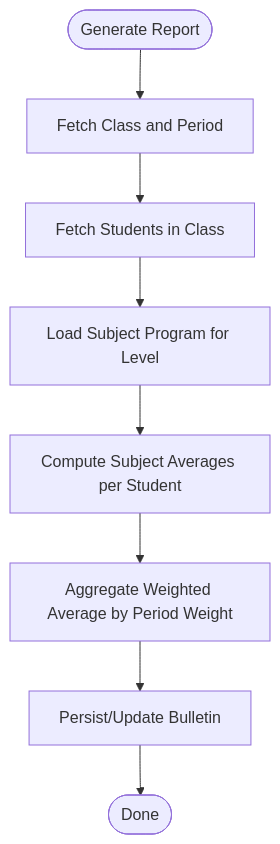
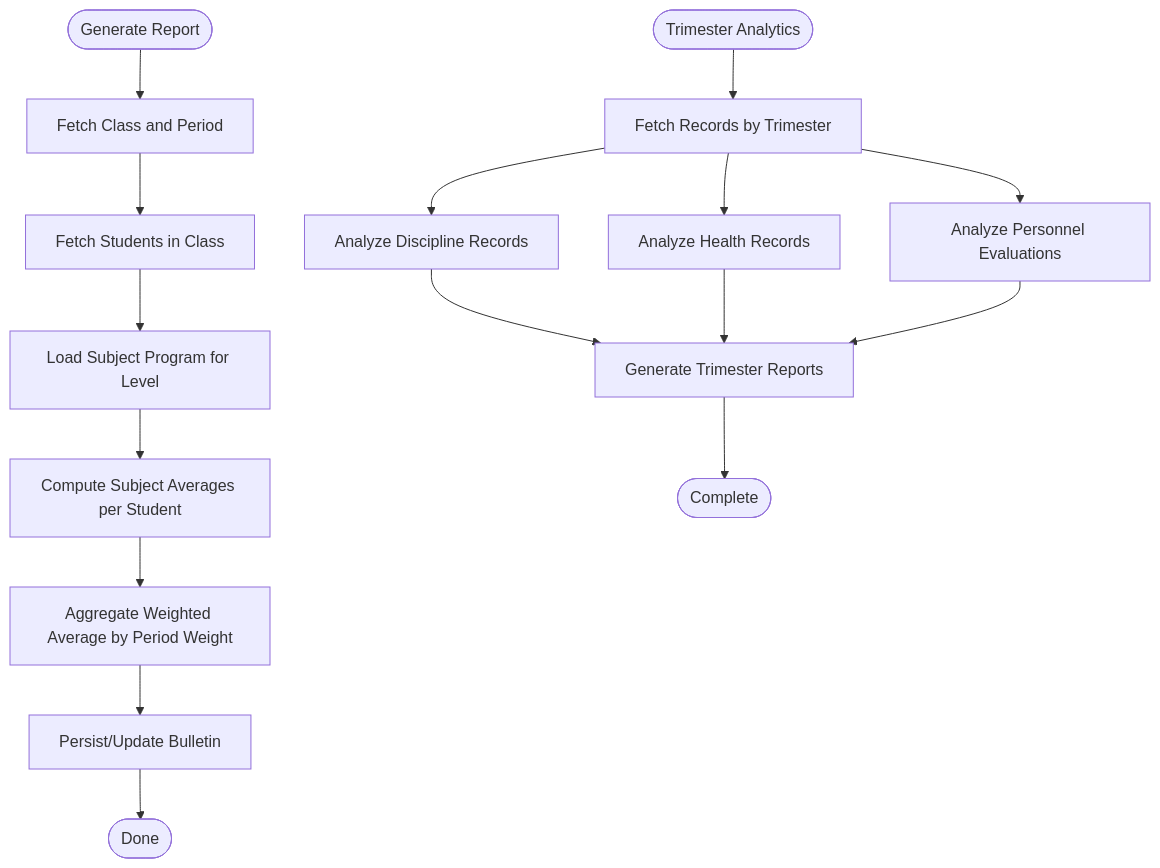
One commit to franckylab/eLISAschool changed the fifth of 6 diagrams in .qoder/repowiki/en/content/Modules & Features/Academic Modules/Academic Periods & Scheduling.md. Above: the diagram before and after it, drawn with Mermaid. The commit also changed other lines of this file and 433 other files, not shown here.

````diff
--- a/.qoder/repowiki/en/content/Modules & Features/Academic Modules/Academic Periods & Scheduling.md
+++ b/.qoder/repowiki/en/content/Modules & Features/Academic Modules/Academic Periods & Scheduling.md
@@ -251,10 +392,18 @@
 ```mermaid
 flowchart TD
 Start(["Generate Report"]) --> FetchClass["Fetch Class and Period"]
 FetchClass --> Students["Fetch Students in Class"]
 Students --> Subjects["Load Subject Program for Level"]
 Subjects --> Grades["Compute Subject Averages per Student"]
 Grades --> WeightAvg["Aggregate Weighted Average by Period Weight"]
 WeightAvg --> SaveReport["Persist/Update Bulletin"]
 SaveReport --> End(["Done"])
+Start2(["Trimester Analytics"]) --> FetchTrimester["Fetch Records by Trimester"]
+FetchTrimester --> Discipline["Analyze Discipline Records"]
+FetchTrimester --> Health["Analyze Health Records"]
+FetchTrimester --> Personnel["Analyze Personnel Evaluations"]
+Discipline --> GenerateReport2["Generate Trimester Reports"]
+Health --> GenerateReport2
+Personnel --> GenerateReport2
+GenerateReport2 --> End2(["Complete"])
 ```
````
